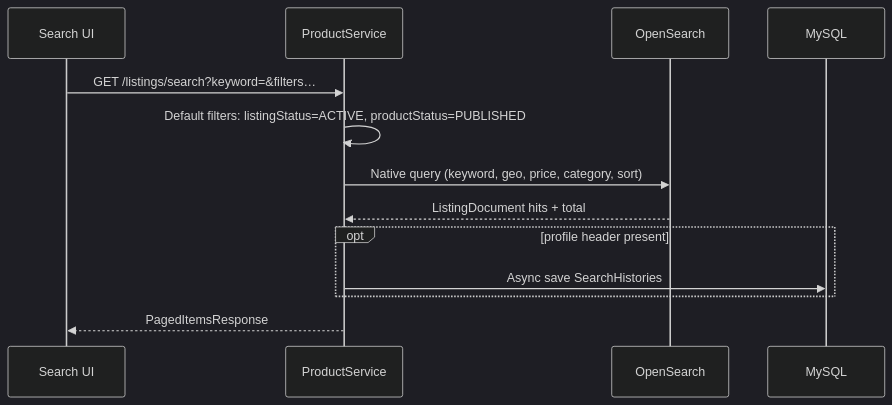
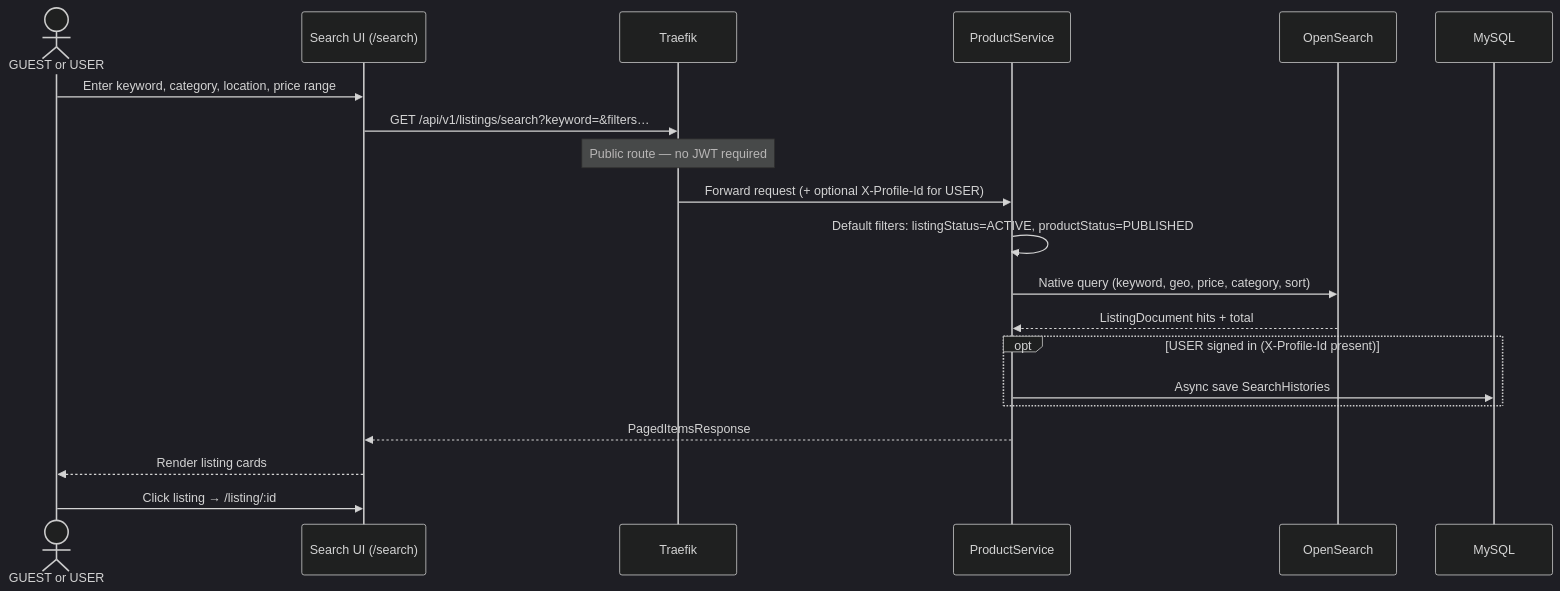
One commit to Naodab/Second_Life changed the eighth of 9 diagrams in productservice/README.md. Above: the diagram before and after it, drawn with Mermaid (dark theme). The commit also changed other lines of this file and 5 other files, not shown here.

Commit message:
add diagrams

````diff
--- a/productservice/README.md
+++ b/productservice/README.md
@@ -368,16 +390,23 @@
 ```mermaid
 sequenceDiagram
-  participant UI as Search UI
+  actor User as GUEST or USER
+  participant UI as Search UI (/search)
+  participant T as Traefik
   participant P as ProductService
   participant OS as OpenSearch
   participant DB as MySQL
 
-  UI->>P: GET /listings/search?keyword=&filters…
+  User->>UI: Enter keyword, category, location, price range
+  UI->>T: GET /api/v1/listings/search?keyword=&filters…
+  Note over T: Public route — no JWT required
+  T->>P: Forward request (+ optional X-Profile-Id for USER)
   P->>P: Default filters: listingStatus=ACTIVE, productStatus=PUBLISHED
   P->>OS: Native query (keyword, geo, price, category, sort)
   OS-->>P: ListingDocument hits + total
-  opt profile header present
+  opt USER signed in (X-Profile-Id present)
     P->>DB: Async save SearchHistories
   end
   P-->>UI: PagedItemsResponse
+  UI-->>User: Render listing cards
+  User->>UI: Click listing → /listing/:id
 ```
````
